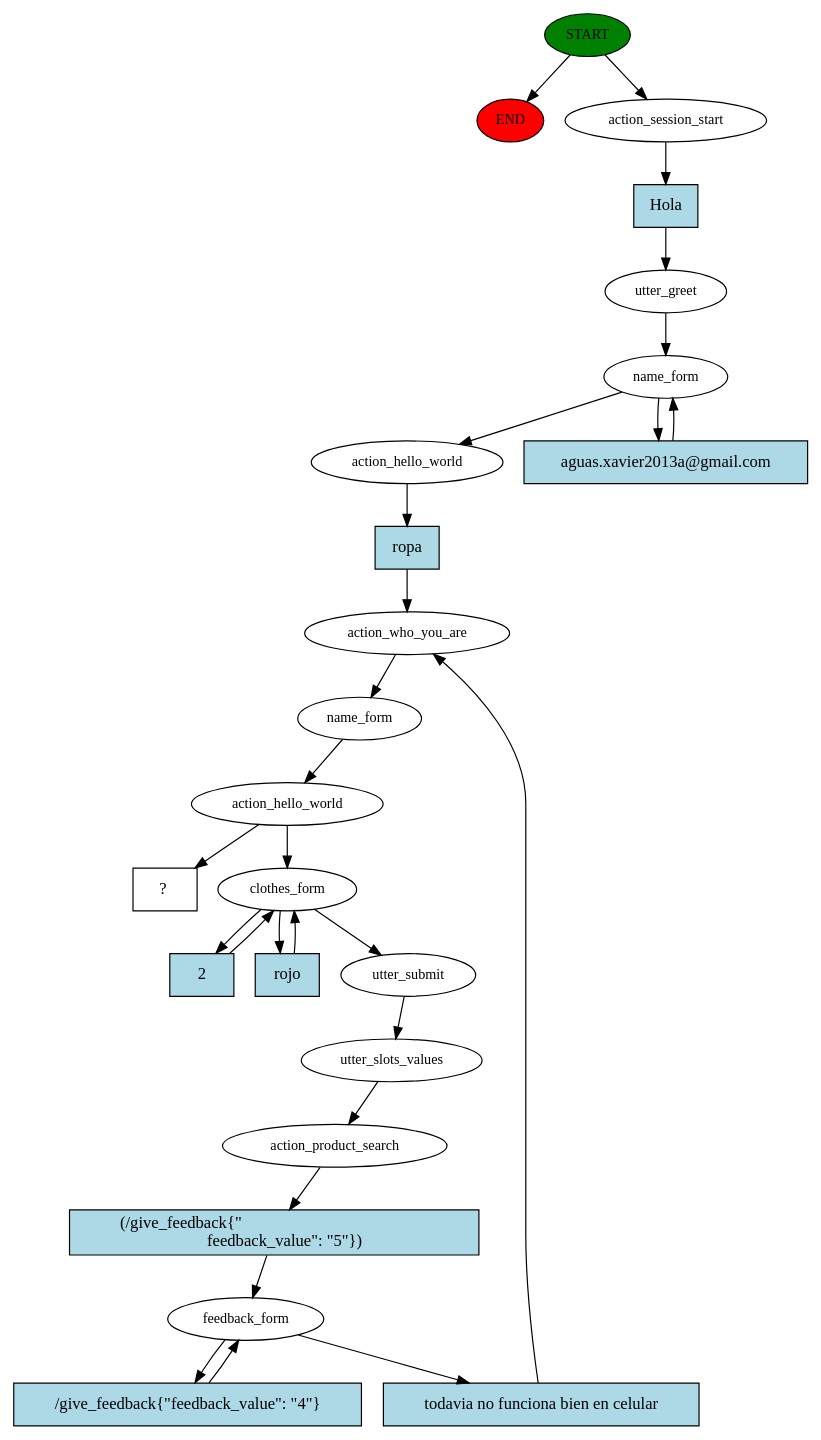
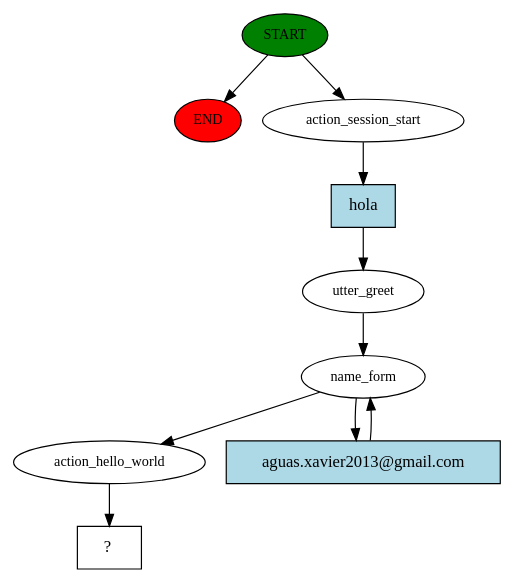
Before and after one commit to kabirivan/Ecommerce-Assistant-Jasmine: the diagram in story_graph.dot, drawn with Graphviz. The commit also changed 5 other files, not shown here.

```diff
--- a/story_graph.dot
+++ b/story_graph.dot
@@ -1,52 +1,20 @@
 digraph  {
 0 [class="start active", fillcolor=green, fontsize=12, label=START, style=filled];
 "-1" [class=end, fillcolor=red, fontsize=12, label=END, style=filled];
 1 [class=active, fontsize=12, label=action_session_start];
 2 [class=active, fontsize=12, label=utter_greet];
 3 [class=active, fontsize=12, label=name_form];
-6 [class=active, fontsize=12, label=action_hello_world];
-7 [class=active, fontsize=12, label=action_who_you_are];
-8 [class=active, fontsize=12, label=name_form];
-9 [class=active, fontsize=12, label=action_hello_world];
-10 [class=active, fontsize=12, label=clothes_form];
-15 [class=active, fontsize=12, label=utter_submit];
-16 [class=active, fontsize=12, label=utter_slots_values];
-17 [class=active, fontsize=12, label=action_product_search];
-18 [class=active, fontsize=12, label=feedback_form];
-23 [class="intent dashed active", label="  ?  ", shape=rect];
-24 [class="intent active", fillcolor=lightblue, label=Hola, shape=rect, style=filled];
-25 [class="intent active", fillcolor=lightblue, label="aguas.xavier2013a@gmail.com", shape=rect, style=filled];
-26 [class="intent active", fillcolor=lightblue, label=ropa, shape=rect, style=filled];
-27 [class="intent active", fillcolor=lightblue, label=2, shape=rect, style=filled];
-28 [class="intent active", fillcolor=lightblue, label=rojo, shape=rect, style=filled];
-29 [class="intent active", fillcolor=lightblue, label="(/give_feedback{\"                                             \n      feedback_value\": \"5\"})", shape=rect, style=filled];
-30 [class="intent active", fillcolor=lightblue, label="todavia no funciona bien en celular", shape=rect, style=filled];
-31 [class="intent active", fillcolor=lightblue, label="/give_feedback{\"feedback_value\": \"4\"}", shape=rect, style=filled];
+7 [class=active, fontsize=12, label=action_hello_world];
+8 [class="intent dashed active", label="  ?  ", shape=rect];
+9 [class="intent active", fillcolor=lightblue, label=hola, shape=rect, style=filled];
+10 [class="intent active", fillcolor=lightblue, label="aguas.xavier2013@gmail.com", shape=rect, style=filled];
 0 -> "-1"  [class="", key=NONE, label=""];
 0 -> 1  [class=active, key=NONE, label=""];
-1 -> 24  [class=active, key=0];
+1 -> 9  [class=active, key=0];
 2 -> 3  [class=active, key=NONE, label=""];
-3 -> 6  [class=active, key=NONE, label=""];
-3 -> 25  [class=active, key=0];
-6 -> 26  [class=active, key=0];
+3 -> 7  [class=active, key=NONE, label=""];
+3 -> 10  [class=active, key=0];
 7 -> 8  [class=active, key=NONE, label=""];
-8 -> 9  [class=active, key=NONE, label=""];
-9 -> 10  [class=active, key=NONE, label=""];
-9 -> 23  [class=active, key=NONE, label=""];
-10 -> 15  [class=active, key=NONE, label=""];
-10 -> 27  [class=active, key=0];
-10 -> 28  [class=active, key=0];
-15 -> 16  [class=active, key=NONE, label=""];
-16 -> 17  [class=active, key=NONE, label=""];
-17 -> 29  [class=active, key=0];
-18 -> 30  [class=active, key=0];
-18 -> 31  [class=active, key=0];
-24 -> 2  [class=active, key=0];
-25 -> 3  [class=active, key=0];
-26 -> 7  [class=active, key=0];
-27 -> 10  [class=active, key=0];
-28 -> 10  [class=active, key=0];
-29 -> 18  [class=active, key=0];
-30 -> 7  [class=active, key=0];
-31 -> 18  [class=active, key=0];
+9 -> 2  [class=active, key=0];
+10 -> 3  [class=active, key=0];
 }
```
